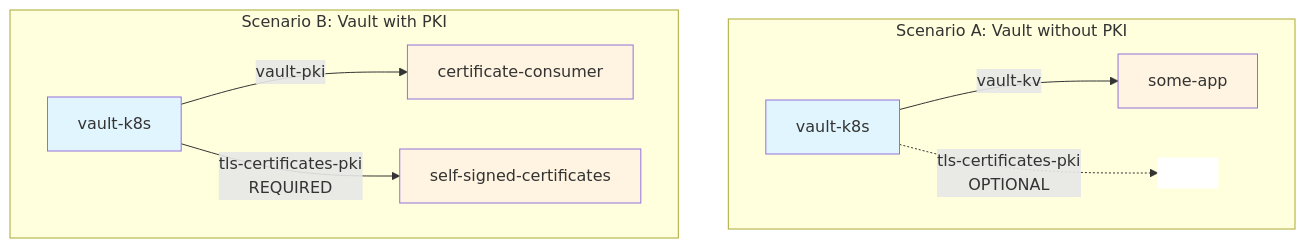
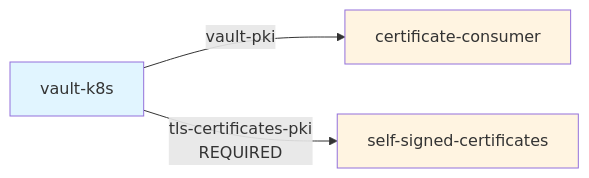
One commit to canonical/charm-integration-testing changed the eighth of 19 diagrams in docs/reference/charm-deployment-constraints.rst. Above: the diagram before and after it, drawn with Mermaid. The commit also changed other lines of this file, not shown here.

```diff
--- a/docs/reference/charm-deployment-constraints.rst
+++ b/docs/reference/charm-deployment-constraints.rst
@@ -164,27 +178,14 @@
 .. mermaid::
+  :title: "Scenario B: Vault with PKI"
 
-   graph TB
-       subgraph Scenario A: Vault without PKI
-           vault1[vault-k8s]
-           app1[some-app]
-           
-           vault1 -->|vault-kv| app1
-           vault1 -.->|tls-certificates-pki<br/>OPTIONAL| none1[ ]
-           
-           style vault1 fill:#e1f5ff
-           style app1 fill:#fff4e1
-           style none1 fill:#ffffff,stroke:#ffffff
-       end
-       
-       subgraph Scenario B: Vault with PKI
-           vault2[vault-k8s]
-           consumer[certificate-consumer]
-           parent-ca[self-signed-certificates]
-           
-           vault2 -->|vault-pki| consumer
-           vault2 -->|tls-certificates-pki<br/>REQUIRED| parent-ca
-           
-           style vault2 fill:#e1f5ff
-           style consumer fill:#fff4e1
-           style parent-ca fill:#fff4e1
-       end
+    graph LR
+        vault2[vault-k8s]
+        consumer[certificate-consumer]
+        parent-ca[self-signed-certificates]
+        
+        vault2 -->|vault-pki| consumer
+        vault2 -->|tls-certificates-pki<br/>REQUIRED| parent-ca
+        
+        style vault2 fill:#e1f5ff
+        style consumer fill:#fff4e1
+        style parent-ca fill:#fff4e1
```
